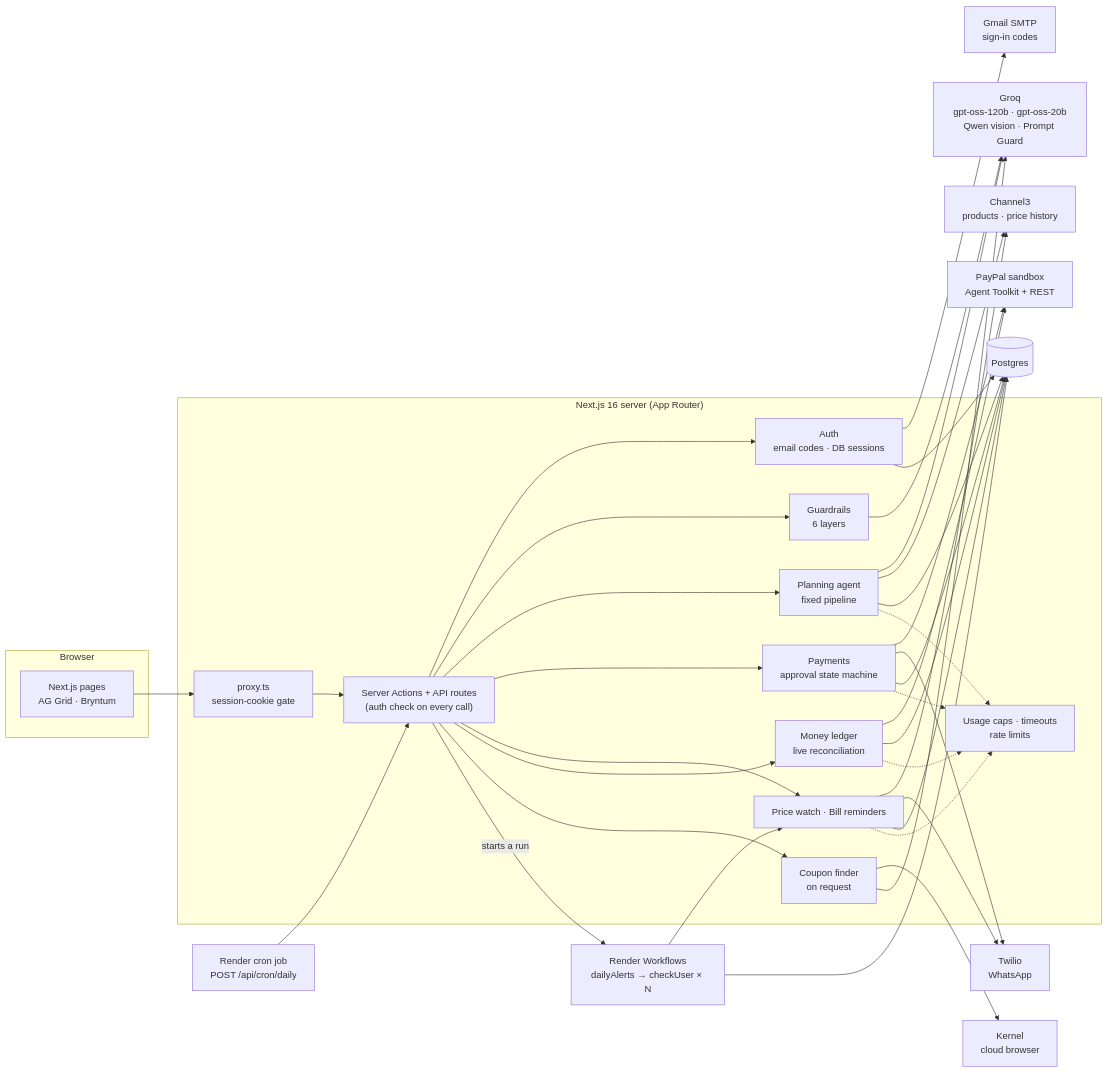
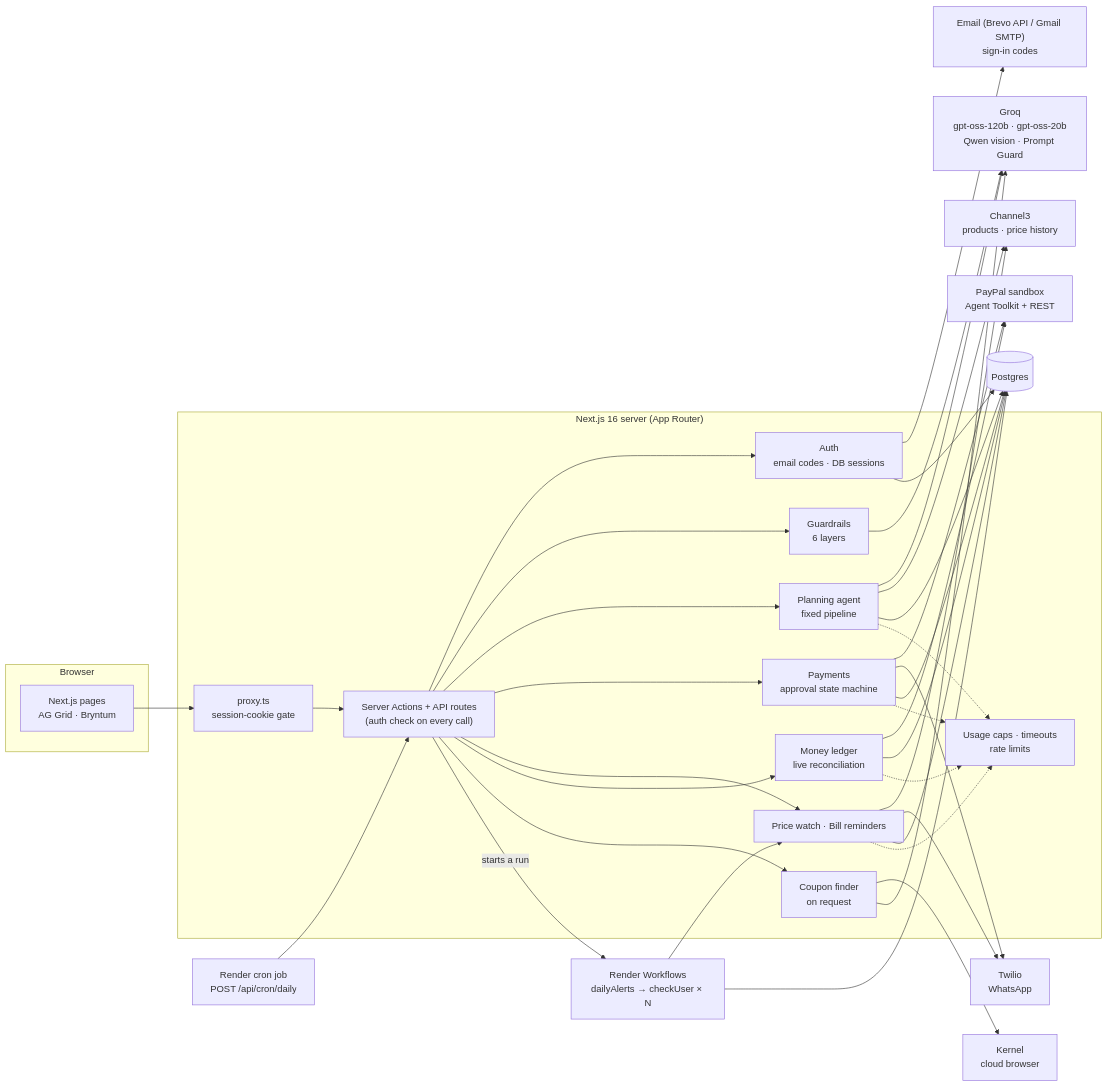
The diagram in README.md (sidharthaxy/Lifecart), drawn with Mermaid before and after one commit. The commit also changed other lines of this file and 4 other files, not shown here.

Commit message:
Sign-in email through Brevo's HTTPS API: Render's free tier blocks SMTP ports

````diff
--- a/README.md
+++ b/README.md
@@ -147,45 +147,45 @@
 ```mermaid
 flowchart LR
   subgraph Browser
     UI["Next.js pages<br/>AG Grid · Bryntum"]
   end
 
   subgraph Server["Next.js 16 server (App Router)"]
     Proxy["proxy.ts<br/>session-cookie gate"]
     Actions["Server Actions + API routes<br/>(auth check on every call)"]
     Auth["Auth<br/>email codes · DB sessions"]
     Guard["Guardrails<br/>6 layers"]
     Agent["Planning agent<br/>fixed pipeline"]
     Pay["Payments<br/>approval state machine"]
     Watch["Price watch · Bill reminders"]
     Coupons["Coupon finder<br/>on request"]
     Money["Money ledger<br/>live reconciliation"]
     Usage["Usage caps · timeouts<br/>rate limits"]
   end
 
   DB[("Postgres")]
   WF["Render Workflows<br/>dailyAlerts → checkUser × N"]
   Groq["Groq<br/>gpt-oss-120b · gpt-oss-20b<br/>Qwen vision · Prompt Guard"]
   C3["Channel3<br/>products · price history"]
   PP["PayPal sandbox<br/>Agent Toolkit + REST"]
   TW["Twilio<br/>WhatsApp"]
   KB["Kernel<br/>cloud browser"]
-  GM["Gmail SMTP<br/>sign-in codes"]
+  GM["Email (Brevo API / Gmail SMTP)<br/>sign-in codes"]
   Cron["Render cron job<br/>POST /api/cron/daily"]
 
   UI --> Proxy --> Actions
   Actions --> Auth & Guard & Agent & Pay & Watch & Money & Coupons
   Guard --> Groq
   Agent --> Groq & C3
   Coupons --> KB & Groq
   Pay --> PP
   Money --> PP
   Watch --> C3 & TW
   Pay --> TW
   Auth --> GM
   Cron --> Actions
   Actions -- "starts a run" --> WF
   WF --> Watch
   Auth & Agent & Pay & Watch & Money & WF --> DB
   Agent & Pay & Watch & Money -.-> Usage
 ```
````
